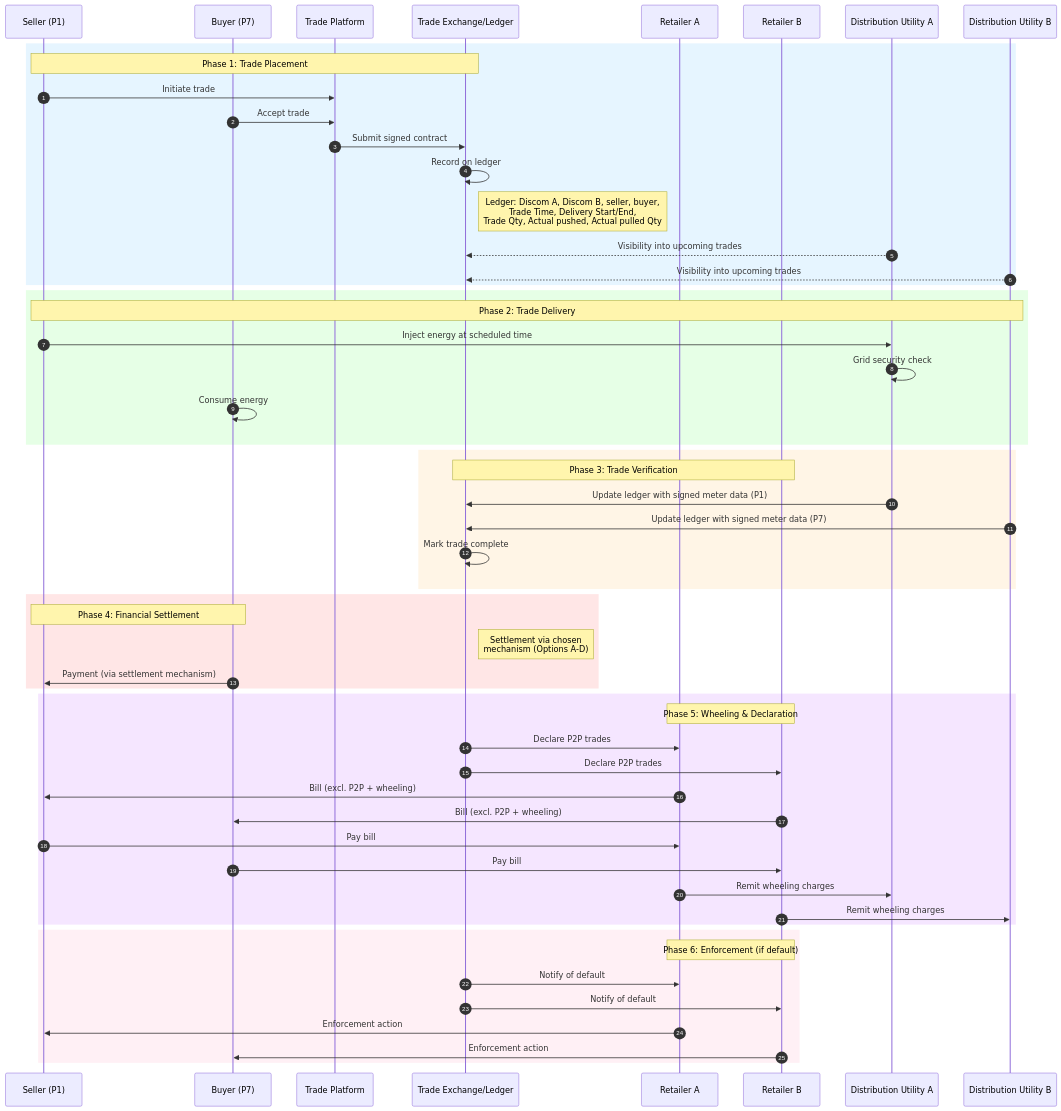
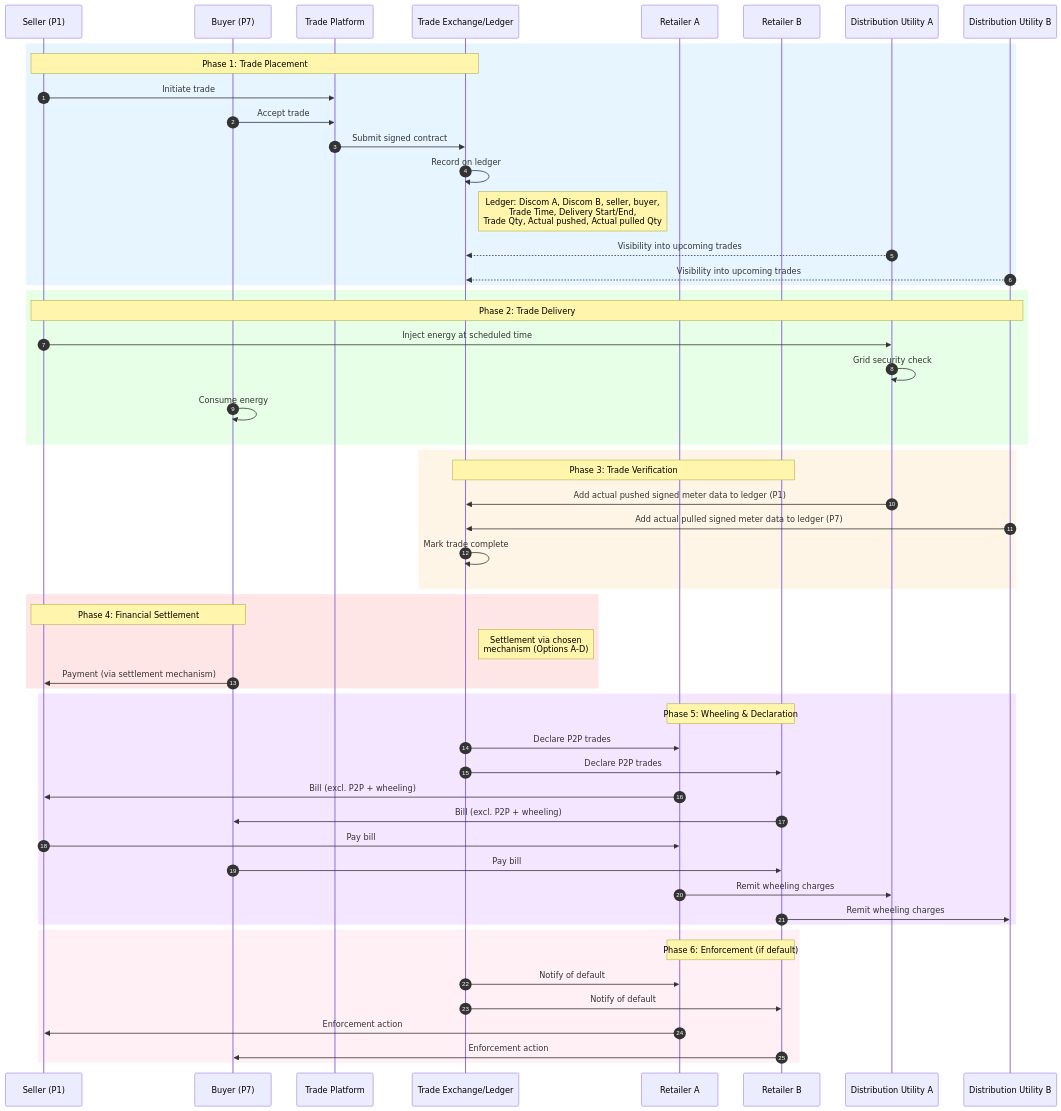
The first of 12 diagrams in docs/implementation-guides/v2/P2P_Trading/Inter_energy_retailer_P2P_trading_draft.md (Beckn-One/DEG), drawn with Mermaid before and after one commit. The commit also changed other lines of this file, not shown here.

````diff
--- a/docs/implementation-guides/v2/P2P_Trading/Inter_energy_retailer_P2P_trading_draft.md
+++ b/docs/implementation-guides/v2/P2P_Trading/Inter_energy_retailer_P2P_trading_draft.md
@@ -53,63 +53,63 @@
 ```mermaid
 sequenceDiagram
     autonumber
     participant S as Seller (P1)
     participant B as Buyer (P7)
     participant TP as Trade Platform
     participant TE as Trade Exchange/Ledger
     participant RA as Retailer A
     participant RB as Retailer B
     participant DU_A as Distribution Utility A
     participant DU_B as Distribution Utility B
 
     rect rgb(230, 245, 255)
     note over S,TE: Phase 1: Trade Placement
     S->>TP: Initiate trade
     B->>TP: Accept trade
     TP->>TE: Submit signed contract
     TE->>TE: Record on ledger
     Note right of TE: Ledger: Discom A, Discom B, seller, buyer, <br/>Trade Time, Delivery Start/End,<br/>Trade Qty, Actual pushed, Actual pulled Qty
     DU_A-->>TE: Visibility into upcoming trades
     DU_B-->>TE: Visibility into upcoming trades
     end
 
     rect rgb(230, 255, 230)
     note over S,DU_B: Phase 2: Trade Delivery
     S->>DU_A: Inject energy at scheduled time
     DU_A->>DU_A: Grid security check
     B->>B: Consume energy
     end
 
     rect rgb(255, 245, 230)
     note over TE,RB: Phase 3: Trade Verification
-    DU_A->>TE: Update ledger with signed meter data (P1)
-    DU_B->>TE: Update ledger with signed meter data (P7)
+    DU_A->>TE: Add actual pushed signed meter data to ledger (P1)
+    DU_B->>TE: Add actual pulled signed meter data to ledger (P7)
     TE->>TE: Mark trade complete
     end
 
     rect rgb(255, 230, 230)
     note over S,B: Phase 4: Financial Settlement
     Note right of TE: Settlement via chosen<br/>mechanism (Options A-D)
     B->>S: Payment (via settlement mechanism)
     end
 
     rect rgb(245, 230, 255)
     note over RA,RB: Phase 5: Wheeling & Declaration
     TE->>RA: Declare P2P trades
     TE->>RB: Declare P2P trades
     RA->>S: Bill (excl. P2P + wheeling)
     RB->>B: Bill (excl. P2P + wheeling)
     S->>RA: Pay bill
     B->>RB: Pay bill
     RA->>DU_A: Remit wheeling charges
     RB->>DU_B: Remit wheeling charges
     end
 
     rect rgb(255, 240, 245)
     note over RA,RB: Phase 6: Enforcement (if default)
     TE->>RA: Notify of default
     TE->>RB: Notify of default
     RA->>S: Enforcement action
     RB->>B: Enforcement action
     end
 ```
````
